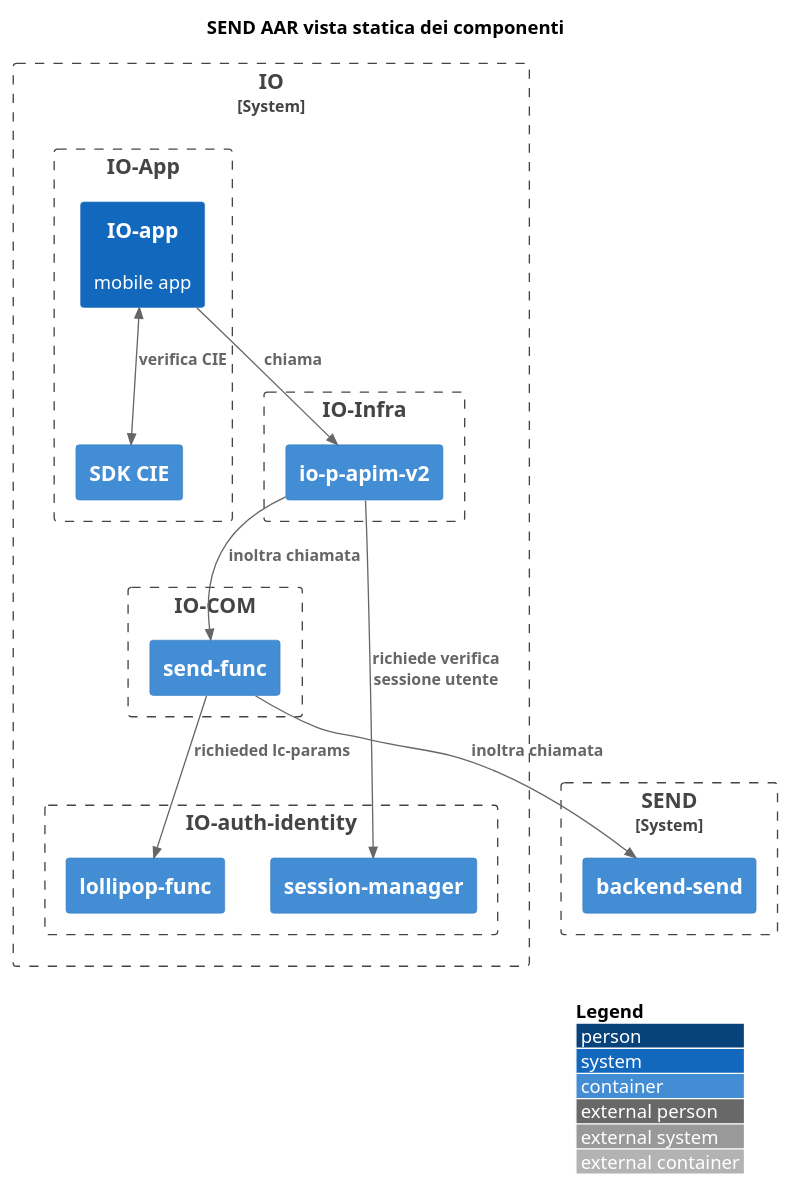
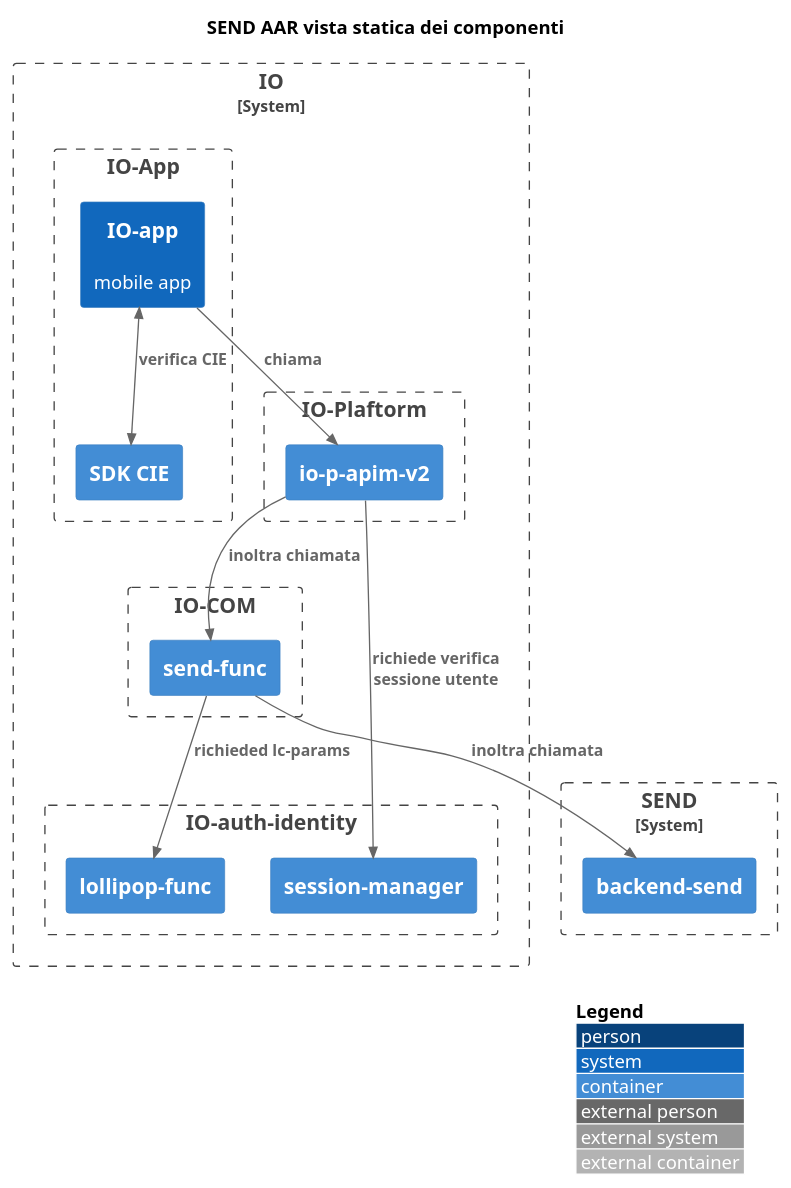
The diagram in docs/send-aar/components-diagram.puml (pagopa/io-messages), drawn with PlantUML before and after one commit. The commit also changed 9 other files, not shown here.

Commit message:
add and update diagrams

```diff
--- a/docs/send-aar/components-diagram.puml
+++ b/docs/send-aar/components-diagram.puml
@@ -1,41 +1,41 @@
-@startuml container
+@startuml components-diagram
 !include <C4/C4_Context>
 !include <C4/C4_Container>
 
 LAYOUT_WITH_LEGEND()
 title SEND AAR vista statica dei componenti
 
 System_Boundary(s0, "IO") {
 
     Boundary(b1, "IO-COM") {
         Container(send_fn, "send-func")
     }
 
-    Boundary(b4, "IO-Infra") {
+    Boundary(b4, "IO-Plaftorm") {
         Container(apim, "io-p-apim-v2")
     }
 
     Boundary(b2, "IO-App") {
         Container(cie_sdk, "SDK CIE")
         System(ioapp, "IO-app", "mobile app")
         BiRel(ioapp, cie_sdk, "verifica CIE")
     }
 
     Boundary(b3, "IO-auth-identity") {
         Container(sessione_manager, "session-manager")
         Container(lollipop_fn, "lollipop-func")
     }
 
 }
 
 System_Boundary(s1, "SEND") {
   Container(send_be, "backend-send")
 }
 
 Rel(ioapp, apim, "chiama")
 Rel(apim, send_fn, "inoltra chiamata")
 Rel(apim, sessione_manager, "richiede verifica sessione utente")
 Rel(send_fn, lollipop_fn, "richieded lc-params")
 Rel(send_fn, send_be, "inoltra chiamata")
 
 @enduml
```
